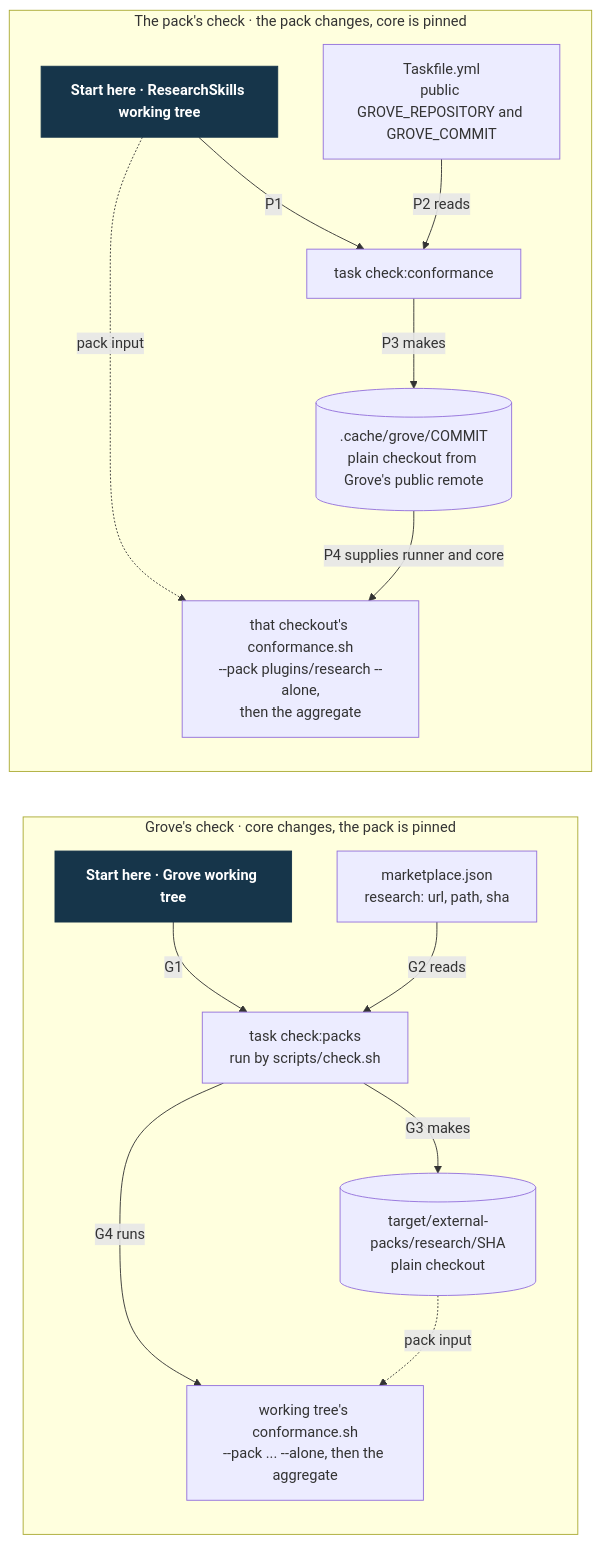
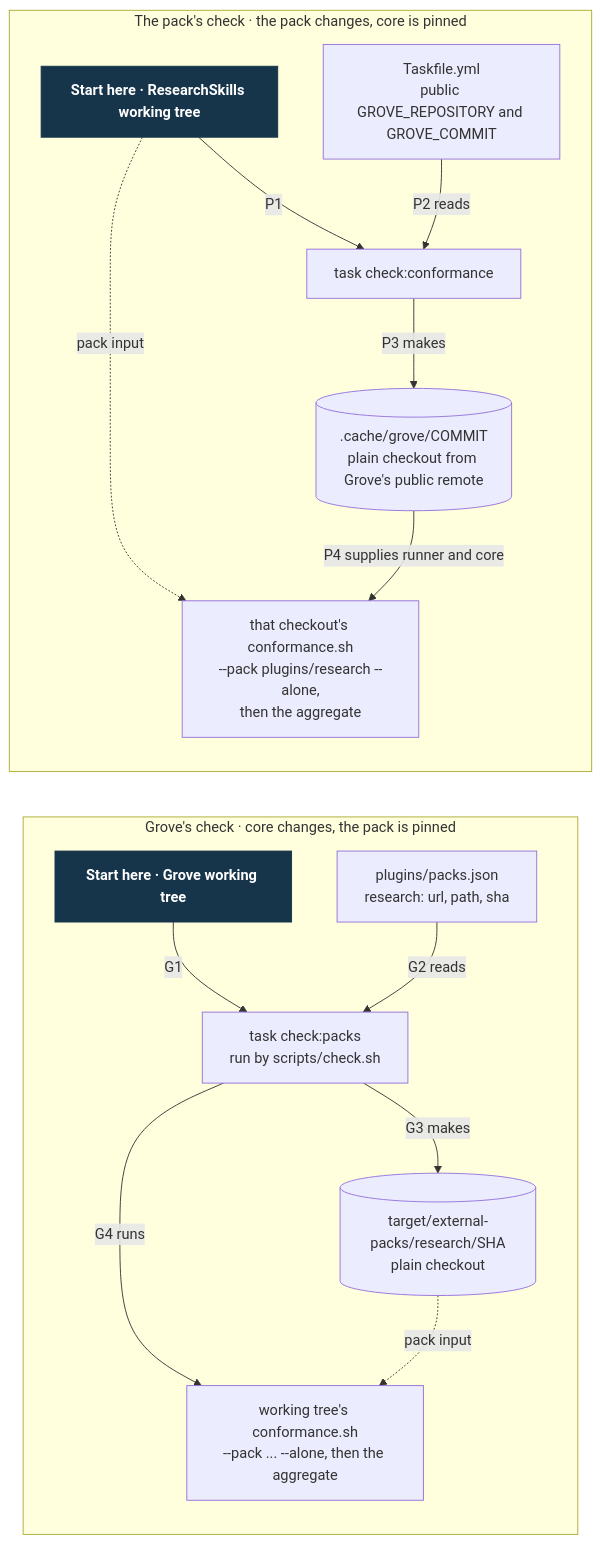
One commit to Linkuistics/grove changed the diagram in docs/design/external-pack-contract/conformance.mmd. Above: the diagram before and after it, drawn with Mermaid. The commit also changed 44 other files, not shown here.

```diff
--- a/docs/design/external-pack-contract/conformance.mmd
+++ b/docs/design/external-pack-contract/conformance.mmd
@@ -1,27 +1,27 @@
 flowchart LR
     subgraph grove["Grove's check · core changes, the pack is pinned"]
         G0["Start here · Grove working tree"]
-        GM["marketplace.json<br/>research: url, path, sha"]
+        GM["plugins/packs.json<br/>research: url, path, sha"]
         GT["task check:packs<br/>run by scripts/check.sh"]
         GC[("target/external-packs/research/SHA<br/>plain checkout")]
         GR["working tree's conformance.sh<br/>--pack ... --alone, then the aggregate"]
         G0 -->|G1| GT
         GM -->|G2 reads| GT
         GT -->|G3 makes| GC
         GT -->|G4 runs| GR
         GC -.->|pack input| GR
     end
     subgraph pack["The pack's check · the pack changes, core is pinned"]
         P0["Start here · ResearchSkills working tree"]
         PV["Taskfile.yml<br/>public GROVE_REPOSITORY and GROVE_COMMIT"]
         PT["task check:conformance"]
         PC[(".cache/grove/COMMIT<br/>plain checkout from Grove's public remote")]
         PR["that checkout's conformance.sh<br/>--pack plugins/research --alone,<br/>then the aggregate"]
         P0 -->|P1| PT
         PV -->|P2 reads| PT
         PT -->|P3 makes| PC
         PC -->|P4 supplies runner and core| PR
         P0 -.->|pack input| PR
     end
     classDef start fill:#16354a,color:#fff,stroke:#16354a,font-weight:bold
     class G0,P0 start
```
